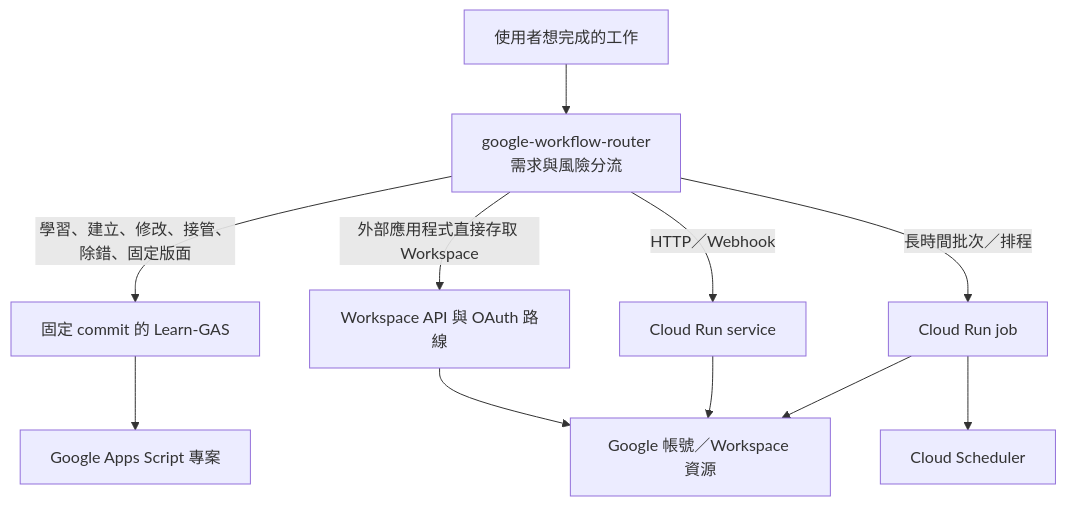
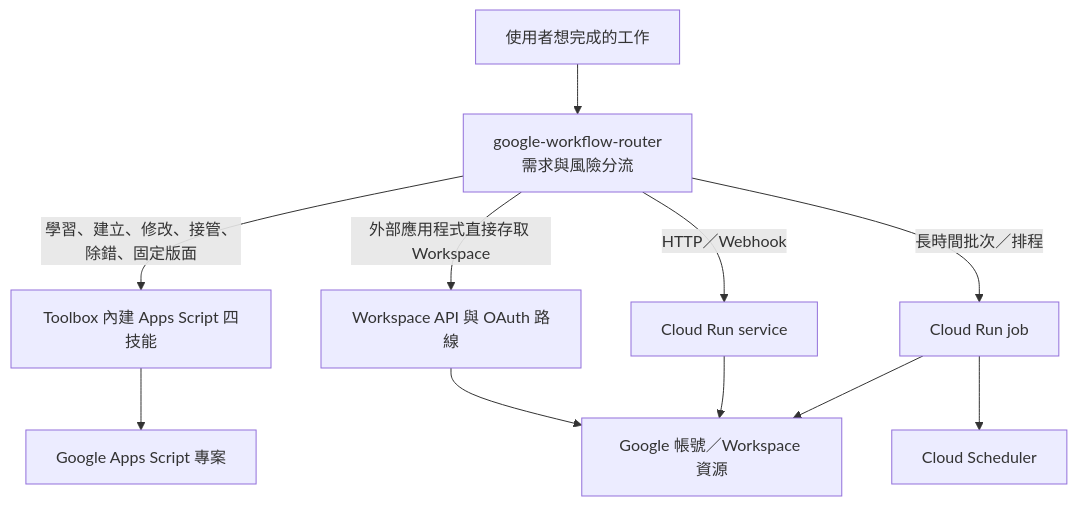
Before and after one commit to iamraven-tw/raven-ai-workflow-toolbox: the diagram in skill-packs/google-automation/docs/architecture.md, drawn with Mermaid. The commit also changed other lines of this file and 197 other files, not shown here.

````diff
--- a/skill-packs/google-automation/docs/architecture.md
+++ b/skill-packs/google-automation/docs/architecture.md
@@ -5,13 +5,13 @@
 ```mermaid
 flowchart TD
     U[使用者想完成的工作] --> R[google-workflow-router<br/>需求與風險分流]
-    R -->|學習、建立、修改、接管、除錯、固定版面| L[固定 commit 的 Learn-GAS]
+    R -->|學習、建立、修改、接管、除錯、固定版面| L[Toolbox 內建 Apps Script 四技能]
     R -->|外部應用程式直接存取 Workspace| W[Workspace API 與 OAuth 路線]
     R -->|HTTP／Webhook| S[Cloud Run service]
     R -->|長時間批次／排程| J[Cloud Run job]
     J --> C[Cloud Scheduler]
     L --> G[Google Apps Script 專案]
     W --> A[Google 帳號／Workspace 資源]
     S --> A
     J --> A
 ```
````
